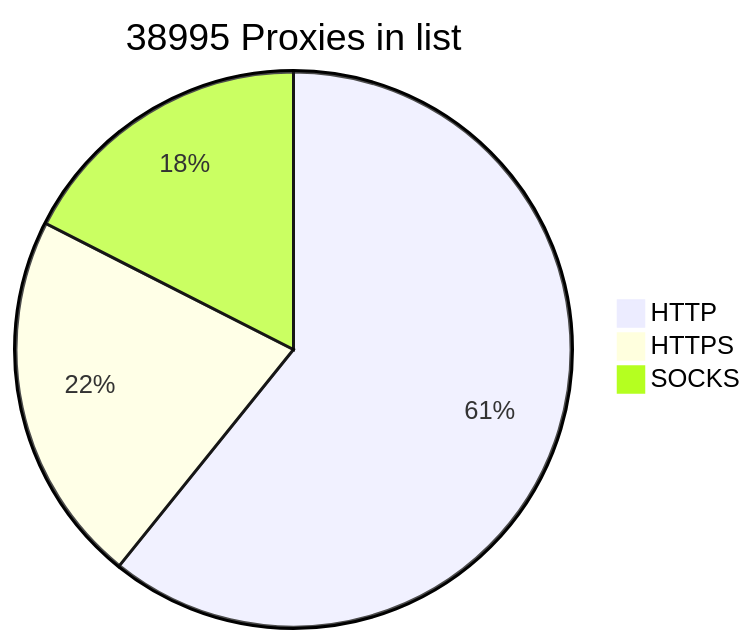
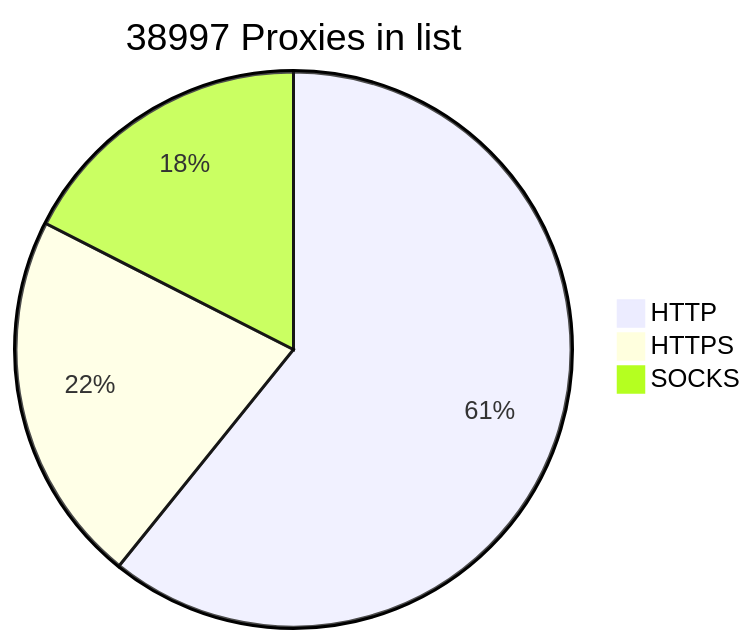
The diagram in README.md (BlackSnowDot/proxylist-update-every-minute), drawn with Mermaid before and after one commit.

````diff
--- a/README.md
+++ b/README.md
@@ -2,6 +2,6 @@
 ```mermaid
-pie title 38995 Proxies in list
-    "HTTP" : 27785
-    "HTTPS": 9916
+pie title 38997 Proxies in list
+    "HTTP" : 27788
+    "HTTPS": 9915
     "SOCKS" : 8003
 ```
````
